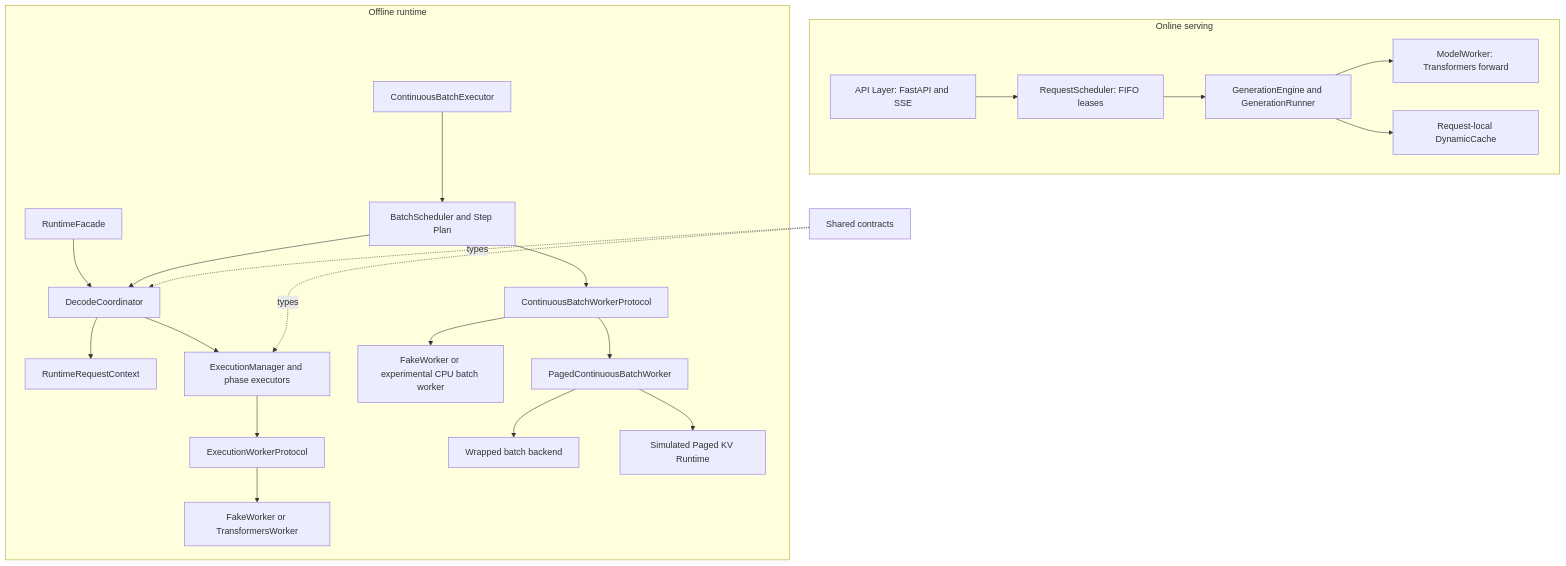
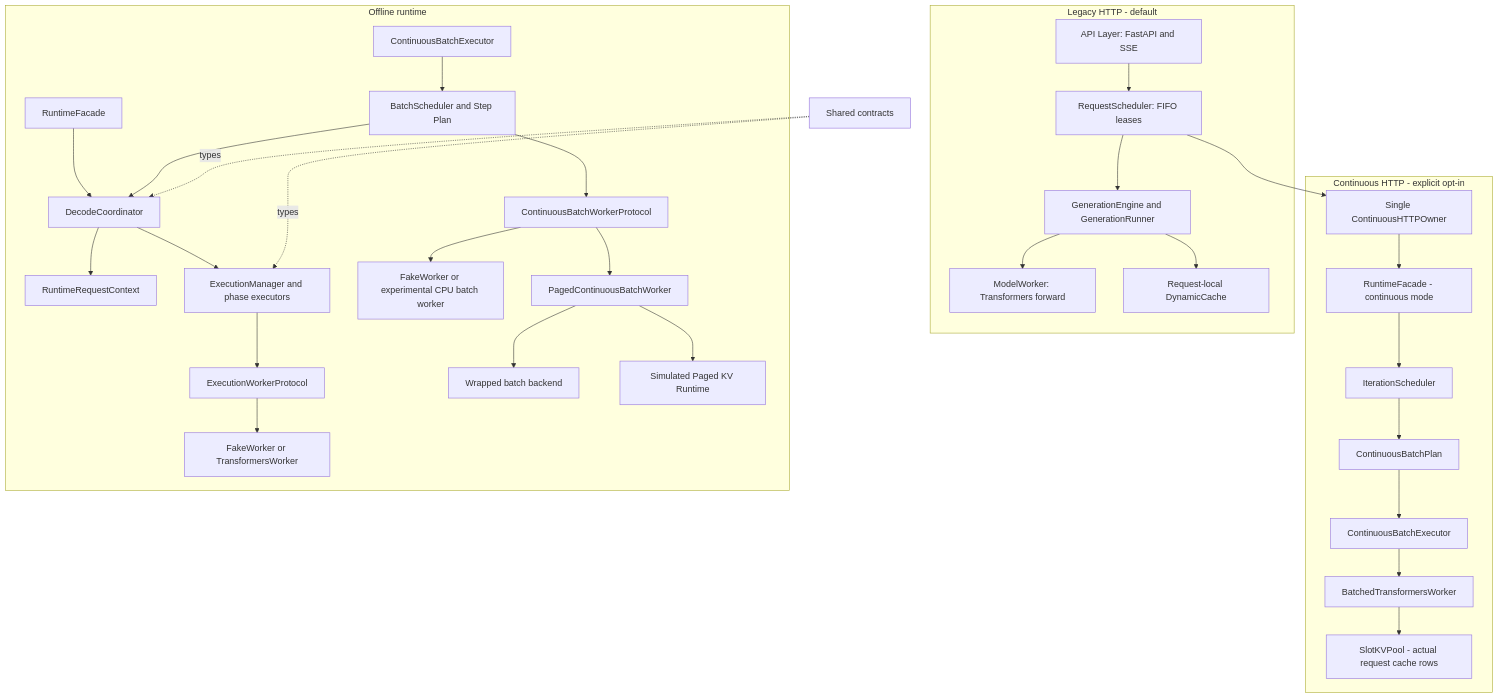
Before and after one commit to xbowen125-commits/MiniLLM-Serve: the first of 4 diagrams in docs/architecture.md, drawn with Mermaid. The commit also changed other lines of this file and 125 other files, not shown here.

Commit message:
feat: publish experimental continuous runtime

````diff
--- a/docs/architecture.md
+++ b/docs/architecture.md
@@ -12,25 +14,34 @@
 ```mermaid
 flowchart TB
-    subgraph Online[Online serving]
+    subgraph Online[Legacy HTTP - default]
         API[API Layer: FastAPI and SSE] --> Admission[RequestScheduler: FIFO leases]
         Admission --> Engine[GenerationEngine and GenerationRunner]
         Engine --> Model[ModelWorker: Transformers forward]
         Engine --> Cache[Request-local DynamicCache]
+    end
+    subgraph ContinuousHTTP[Continuous HTTP - explicit opt-in]
+        Admission --> Owner[Single ContinuousHTTPOwner]
+        Owner --> OnlineFacade[RuntimeFacade - continuous mode]
+        OnlineFacade --> Iteration[IterationScheduler]
+        Iteration --> OnlinePlan[ContinuousBatchPlan]
+        OnlinePlan --> OnlineExecutor[ContinuousBatchExecutor]
+        OnlineExecutor --> RealWorker[BatchedTransformersWorker]
+        RealWorker --> Pool[SlotKVPool - actual request cache rows]
     end
     subgraph Offline[Offline runtime]
         Facade[RuntimeFacade] --> Coordinator[DecodeCoordinator]
         Continuous[ContinuousBatchExecutor] --> Plan[BatchScheduler and Step Plan]
         Plan --> Coordinator
         Coordinator --> Context[RuntimeRequestContext]
         Coordinator --> Execution[ExecutionManager and phase executors]
         Execution --> Single[ExecutionWorkerProtocol]
         Single --> Worker[FakeWorker or TransformersWorker]
         Plan --> Batch[ContinuousBatchWorkerProtocol]
         Batch --> BatchWorker[FakeWorker or experimental CPU batch worker]
         Batch --> PagedWorker[PagedContinuousBatchWorker]
         PagedWorker --> Backend[Wrapped batch backend]
         PagedWorker --> Memory[Simulated Paged KV Runtime]
     end
     Contracts[Shared contracts] -. types .-> Execution
     Contracts -. types .-> Coordinator
 ```
````
